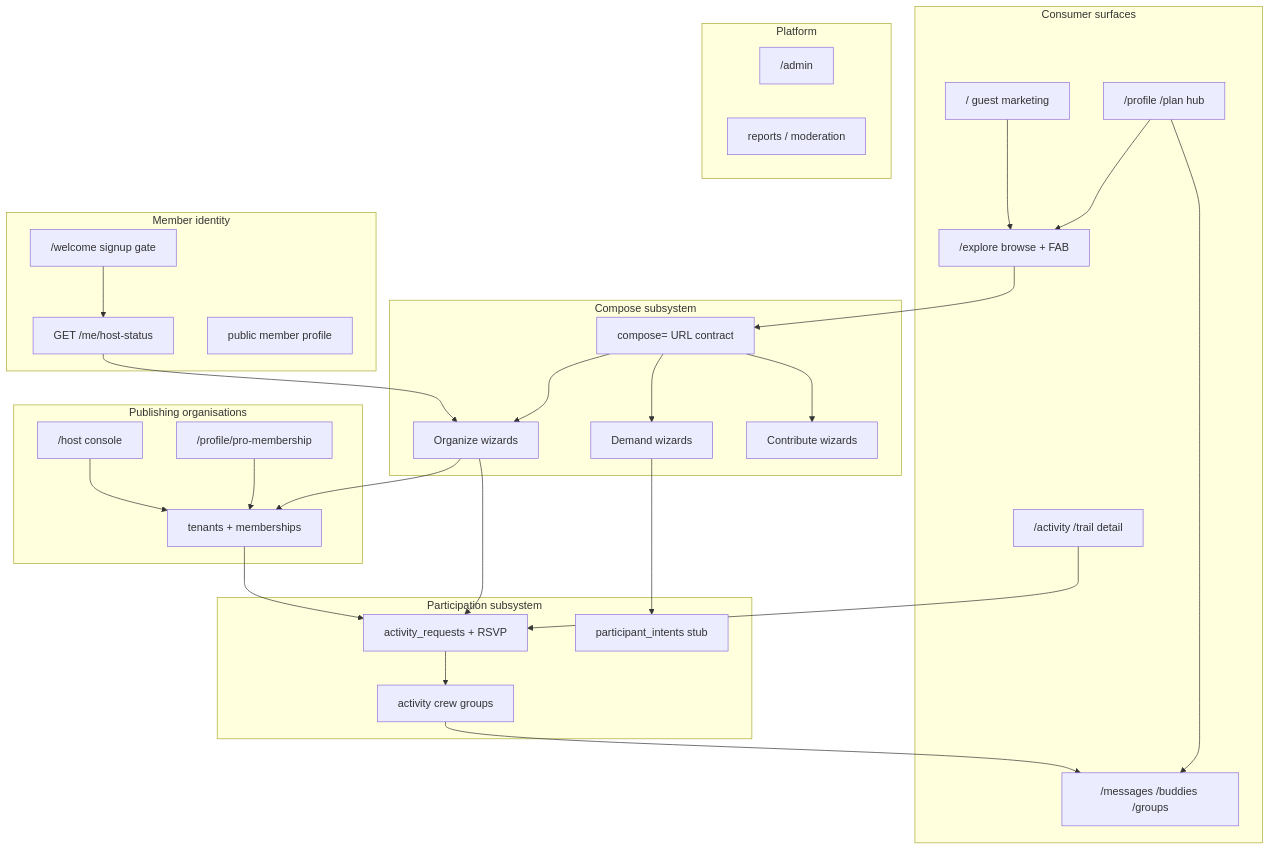
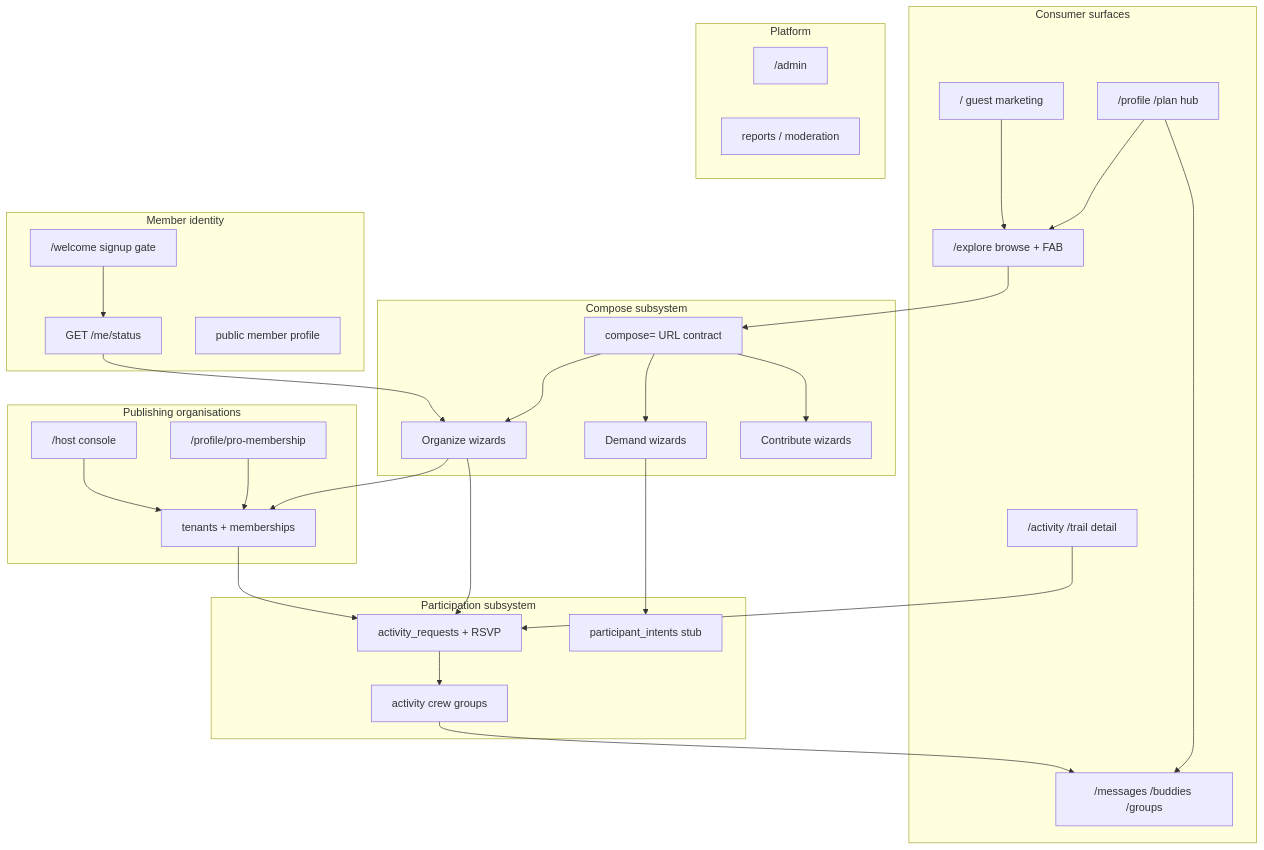
One commit to rajpurchasync/UAEtrail changed the diagram in docs/SYSTEM_COHERENCE.md. Above: the diagram before and after it, drawn with Mermaid. The commit also changed other lines of this file and 267 other files, not shown here.

````diff
--- a/docs/SYSTEM_COHERENCE.md
+++ b/docs/SYSTEM_COHERENCE.md
@@ -29,59 +29,59 @@
 ```mermaid
 flowchart TB
   subgraph surfaces [Consumer surfaces]
     M["/ guest marketing"]
     E["/explore browse + FAB"]
     P["/profile /plan hub"]
     D["/activity /trail detail"]
     MSG["/messages /buddies /groups"]
   end
 
   subgraph compose [Compose subsystem]
     FAB["compose= URL contract"]
     ORG["Organize wizards"]
     FIND["Demand wizards"]
     ADD["Contribute wizards"]
   end
 
   subgraph participation [Participation subsystem]
     JOIN["activity_requests + RSVP"]
     INTENT["participant_intents stub"]
     CREW["activity crew groups"]
   end
 
   subgraph identity [Member identity]
     WEL["/welcome signup gate"]
-    HS["GET /me/host-status"]
+    HS["GET /me/status"]
     PUB["public member profile"]
   end
 
   subgraph publishing [Publishing organisations]
     TEN["tenants + memberships"]
     HOST["/host console"]
     PRO["/profile/pro-membership"]
   end
 
   subgraph platform [Platform]
     ADM["/admin"]
     MOD["reports / moderation"]
   end
 
   M --> E
   E --> FAB
   FAB --> ORG
   FAB --> FIND
   FAB --> ADD
   ORG --> TEN
   ORG --> JOIN
   FIND --> INTENT
   D --> JOIN
   JOIN --> CREW
   CREW --> MSG
   WEL --> HS
   HS --> ORG
   PRO --> TEN
   HOST --> TEN
   TEN --> JOIN
   P --> E
   P --> MSG
 ```
````
